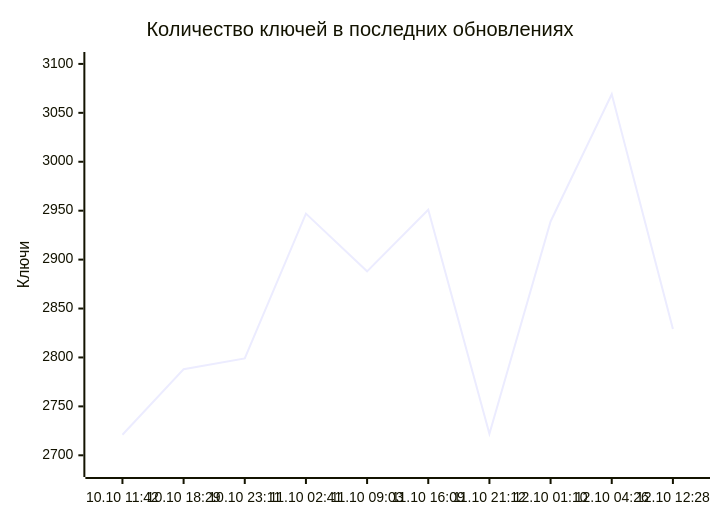
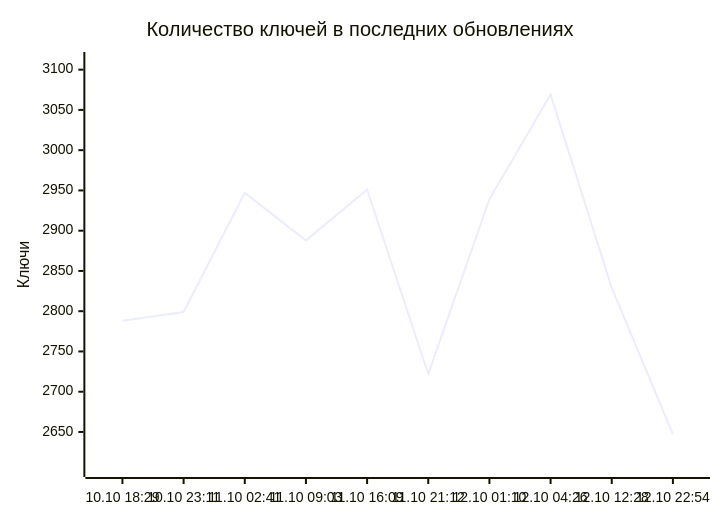
One commit to markKikhtenko/WireVeil changed the diagram in README.md. Above: the diagram before and after it, drawn with Mermaid. The commit also changed other lines of this file and 12 other files, not shown here.

````diff
--- a/README.md
+++ b/README.md
@@ -55,7 +55,7 @@
 ```mermaid
 xychart-beta
     title "Количество ключей в последних обновлениях"
-    x-axis ["10.10 11:42", "10.10 18:29", "10.10 23:11", "11.10 02:41", "11.10 09:03", "11.10 16:09", "11.10 21:12", "12.10 01:10", "12.10 04:26", "12.10 12:28"]
-    y-axis "Ключи" 2686 --> 3104
-    line [2721, 2788, 2799, 2947, 2888, 2951, 2722, 2939, 3069, 2829]
+    x-axis ["10.10 18:29", "10.10 23:11", "11.10 02:41", "11.10 09:03", "11.10 16:09", "11.10 21:12", "12.10 01:10", "12.10 04:26", "12.10 12:28", "12.10 22:54"]
+    y-axis "Ключи" 2604 --> 3112
+    line [2788, 2799, 2947, 2888, 2951, 2722, 2939, 3069, 2829, 2647]
 ```
````
